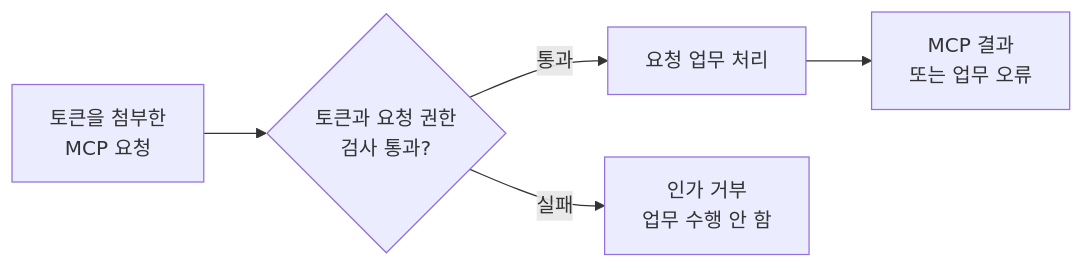
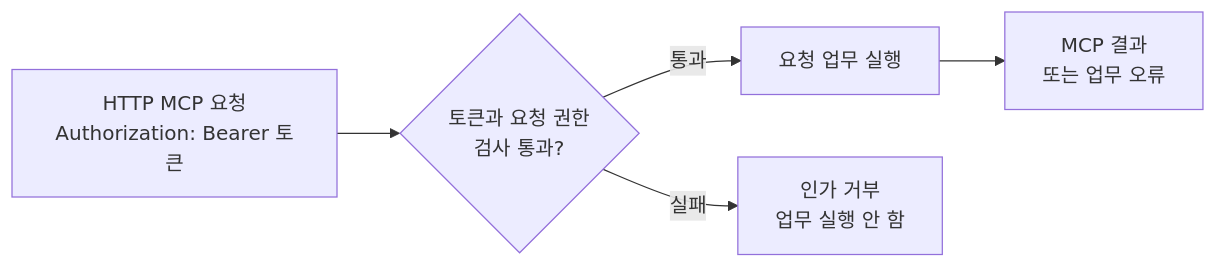
The fourth of 4 diagrams in notes/oauth2/mcp-oauth2-flow.md (chahoseong/mcp-for-beginners), drawn with Mermaid before and after one commit. The commit also changed other lines of this file and 3 other files, not shown here.

Commit message:
Refactor MCP OAuth2 flow documentation: streamline sections, clarify roles, and enhance flow descriptions

````diff
--- a/notes/oauth2/mcp-oauth2-flow.md
+++ b/notes/oauth2/mcp-oauth2-flow.md
@@ -308,7 +175,7 @@
 ```mermaid
 flowchart LR
-    Q["토큰을 첨부한<br/>MCP 요청"] --> V{"토큰과 요청 권한<br/>검사 통과?"}
-    V -->|통과| B["요청 업무 처리"]
-    V -->|실패| D["인가 거부<br/>업무 수행 안 함"]
+    Q["HTTP MCP 요청<br/>Authorization: Bearer 토큰"] --> V{"토큰과 요청 권한<br/>검사 통과?"}
+    V -->|통과| B["요청 업무 실행"]
+    V -->|실패| D["인가 거부<br/>업무 실행 안 함"]
     B --> R["MCP 결과<br/>또는 업무 오류"]
 ```
````
